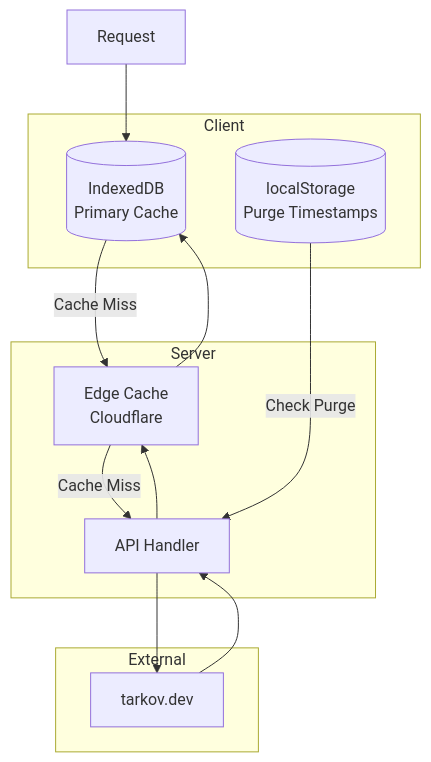
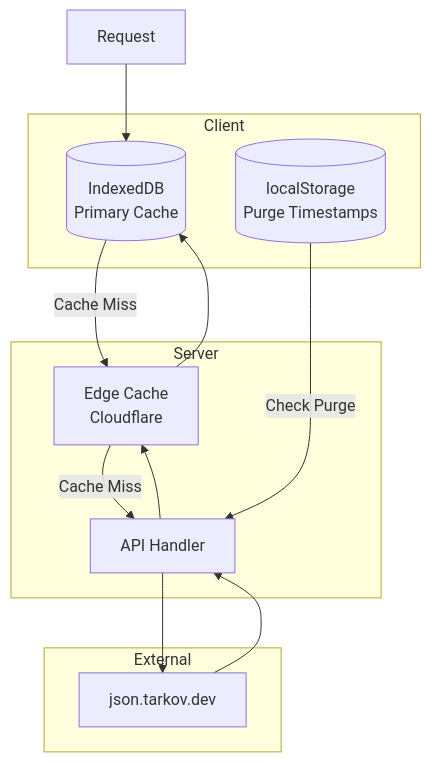
The fourth of 4 diagrams in docs/ARCHITECTURE.md (Mossworm/TarkovTracker), drawn with Mermaid before and after one commit. The commit also changed other lines of this file and 25 other files, not shown here.

Commit message:
feat(api): migrate tarkov static data to json

````diff
--- a/docs/ARCHITECTURE.md
+++ b/docs/ARCHITECTURE.md
@@ -319,26 +319,26 @@
 ```mermaid
 graph TD
     subgraph "Client"
         IDB[(IndexedDB<br/>Primary Cache)]
         LS[(localStorage<br/>Purge Timestamps)]
     end
 
     subgraph "Server"
         Edge[Edge Cache<br/>Cloudflare]
         API[API Handler]
     end
 
     subgraph "External"
-        GraphQL[tarkov.dev]
+        JsonData[json.tarkov.dev]
     end
 
     Request --> IDB
     IDB -- "Cache Miss" --> Edge
     Edge -- "Cache Miss" --> API
-    API --> GraphQL
-    GraphQL --> API
+    API --> JsonData
+    JsonData --> API
     API --> Edge
     Edge --> IDB
 
     LS -- "Check Purge" --> API
 ```
````
